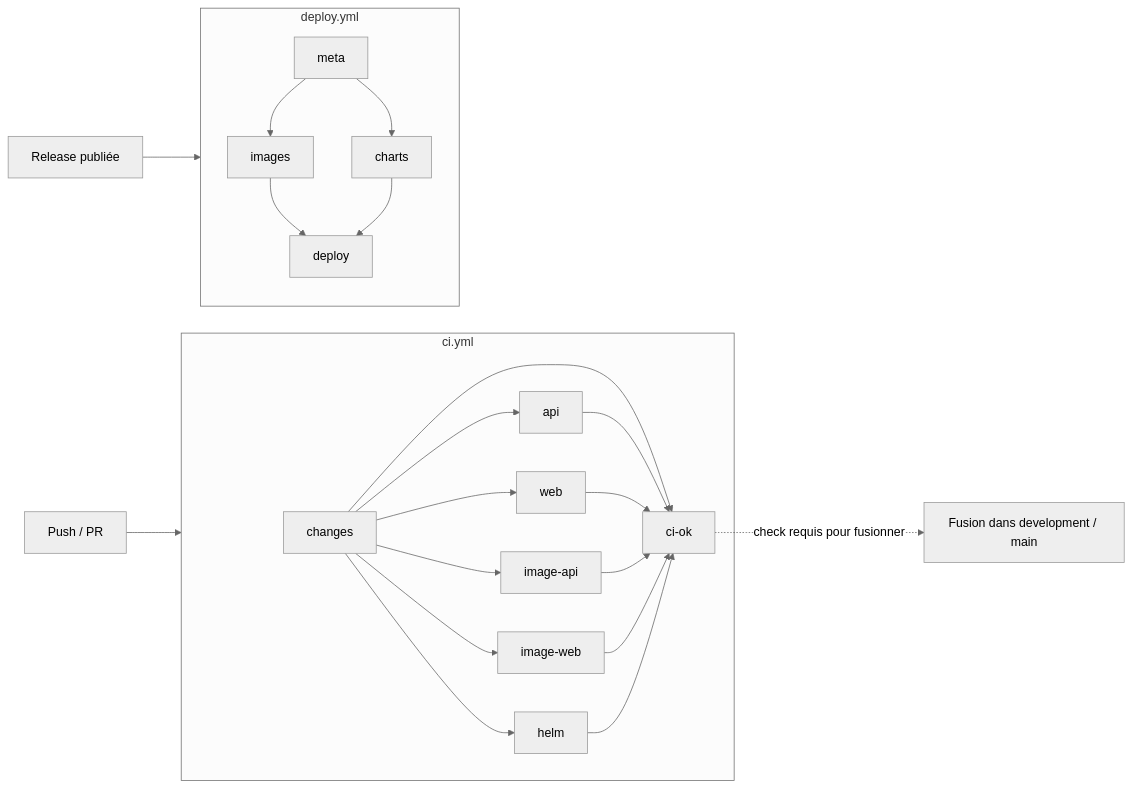
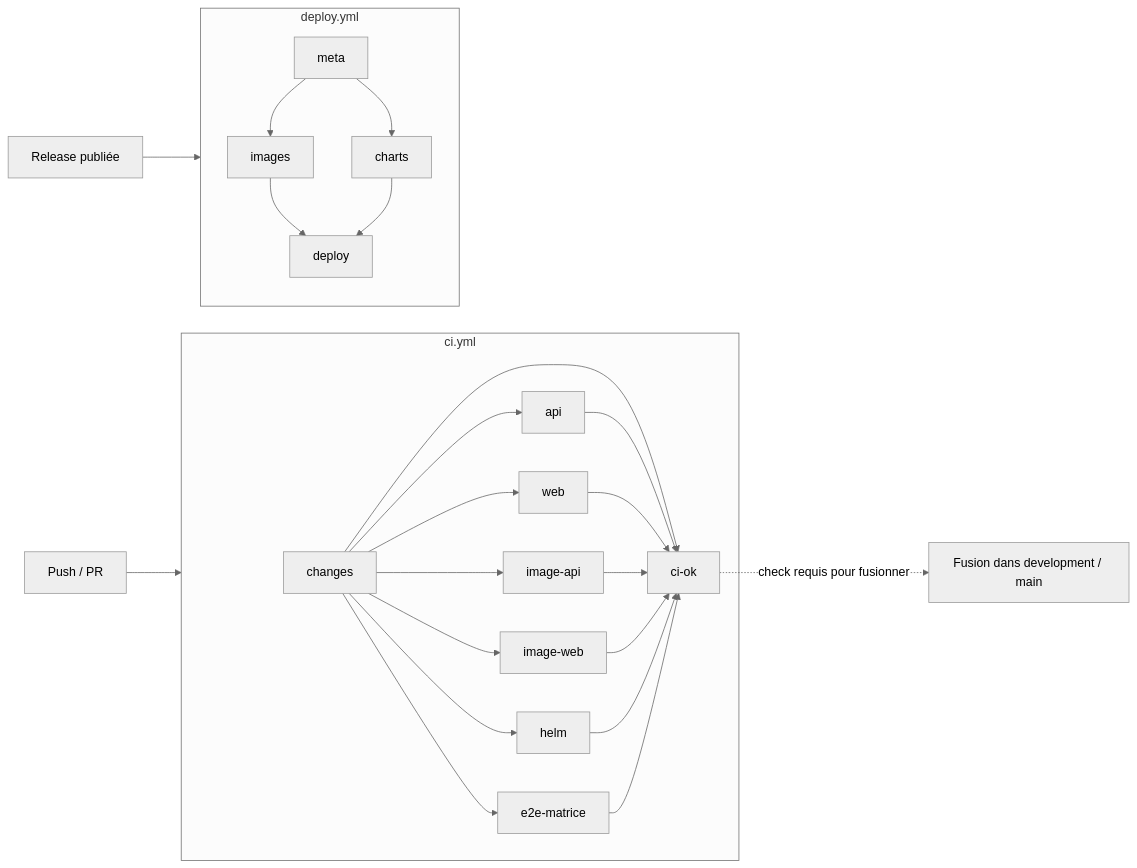
One commit to tigamadou/steamy changed the first of 2 diagrams in docs/infra/workflows-github.md. Above: the diagram before and after it, drawn with Mermaid (neutral theme). The commit also changed other lines of this file and 9 other files, not shown here.

````diff
--- a/docs/infra/workflows-github.md
+++ b/docs/infra/workflows-github.md
@@ -12,13 +12,14 @@
 ```mermaid
 flowchart LR
     subgraph CI[ci.yml]
         changes --> api & web & imgapi[image-api] & imgweb[image-web] & helm
-        changes & api & web & imgapi & imgweb & helm --> ciok[ci-ok]
+        changes --> matrice[e2e-matrice]
+        changes & api & web & imgapi & imgweb & helm & matrice --> ciok[ci-ok]
     end
     subgraph Deploy[deploy.yml]
         meta --> images & charts --> deploy
     end
     push[Push / PR] --> CI
     rel[Release publiée] --> Deploy
     ciok -. check requis pour fusionner .-> merge[Fusion dans development / main]
 ```
````
